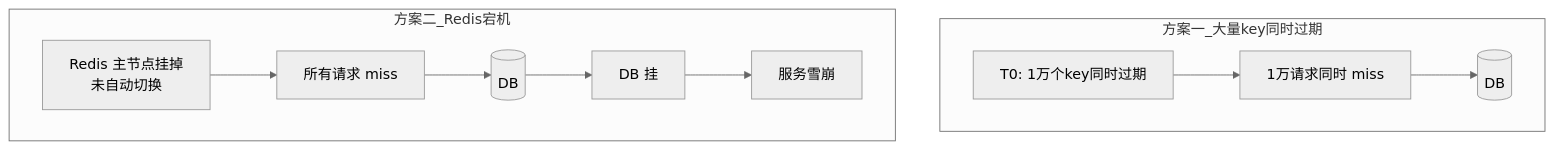
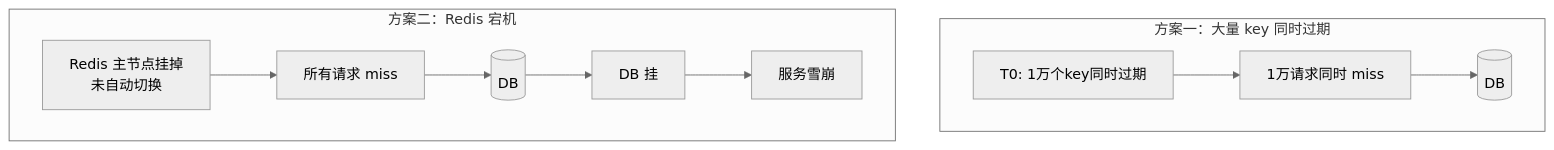
One commit to raoooooooo/java_knowledge changed the fifth of 18 diagrams in 17-场景题/02-缓存与消息队列场景.md. Above: the diagram before and after it, drawn with Mermaid (neutral theme). The commit also changed other lines of this file and 3 other files, not shown here.

First line of the commit message:
docs(architecture): ASCII图表转mermaid——场景题四章

````diff
--- a/17-场景题/02-缓存与消息队列场景.md
+++ b/17-场景题/02-缓存与消息队列场景.md
@@ -160,9 +160,9 @@
 ```mermaid
 graph TB
-    subgraph 方案一_大量key同时过期
+    subgraph case1["方案一：大量 key 同时过期"]
         A1[T0: 1万个key同时过期] --> A2[1万请求同时 miss] --> A3[(DB)]
     end
-    subgraph 方案二_Redis宕机
+    subgraph case2["方案二：Redis 宕机"]
         B1[Redis 主节点挂掉<br/>未自动切换] --> B2[所有请求 miss] --> B3[(DB)] --> B4[DB 挂] --> B5[服务雪崩]
     end
 ```
````
